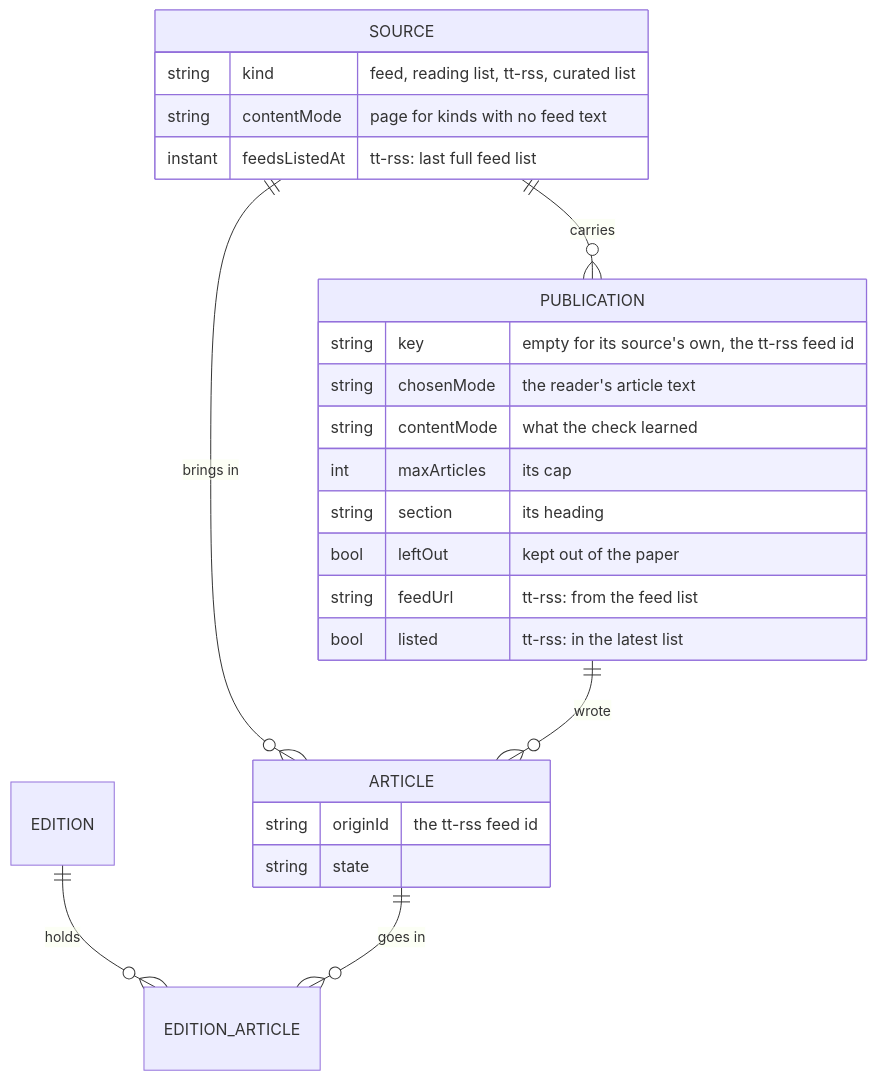
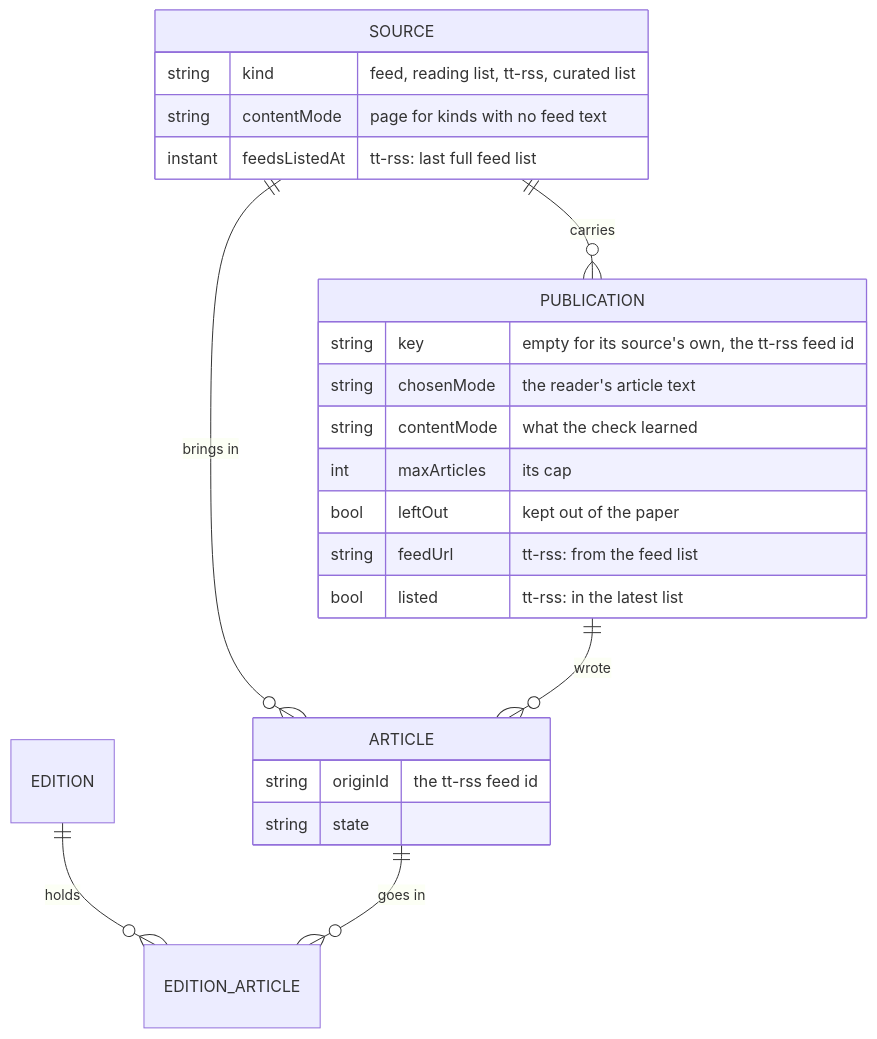
The first of 2 diagrams in docs/DESIGN.md (madCode/newspaperss), drawn with Mermaid before and after one commit. The commit also changed other lines of this file and 16 other files, not shown here.

````diff
--- a/docs/DESIGN.md
+++ b/docs/DESIGN.md
@@ -424,27 +424,26 @@
 ```mermaid
 erDiagram
     SOURCE ||--o{ PUBLICATION : carries
     SOURCE ||--o{ ARTICLE : "brings in"
     PUBLICATION ||--o{ ARTICLE : "wrote"
     EDITION ||--o{ EDITION_ARTICLE : holds
     ARTICLE ||--o{ EDITION_ARTICLE : "goes in"
     SOURCE {
         string kind "feed, reading list, tt-rss, curated list"
         string contentMode "page for kinds with no feed text"
         instant feedsListedAt "tt-rss: last full feed list"
     }
     PUBLICATION {
         string key "empty for its source's own, the tt-rss feed id"
         string chosenMode "the reader's article text"
         string contentMode "what the check learned"
         int maxArticles "its cap"
-        string section "its heading"
         bool leftOut "kept out of the paper"
         string feedUrl "tt-rss: from the feed list"
         bool listed "tt-rss: in the latest list"
     }
     ARTICLE {
         string originId "the tt-rss feed id"
         string state
     }
 ```
````
